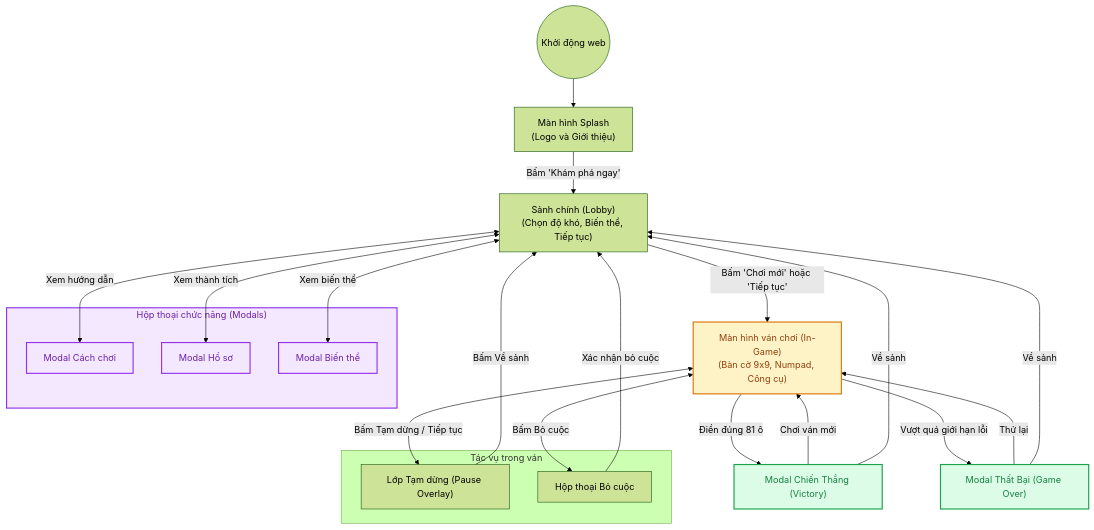
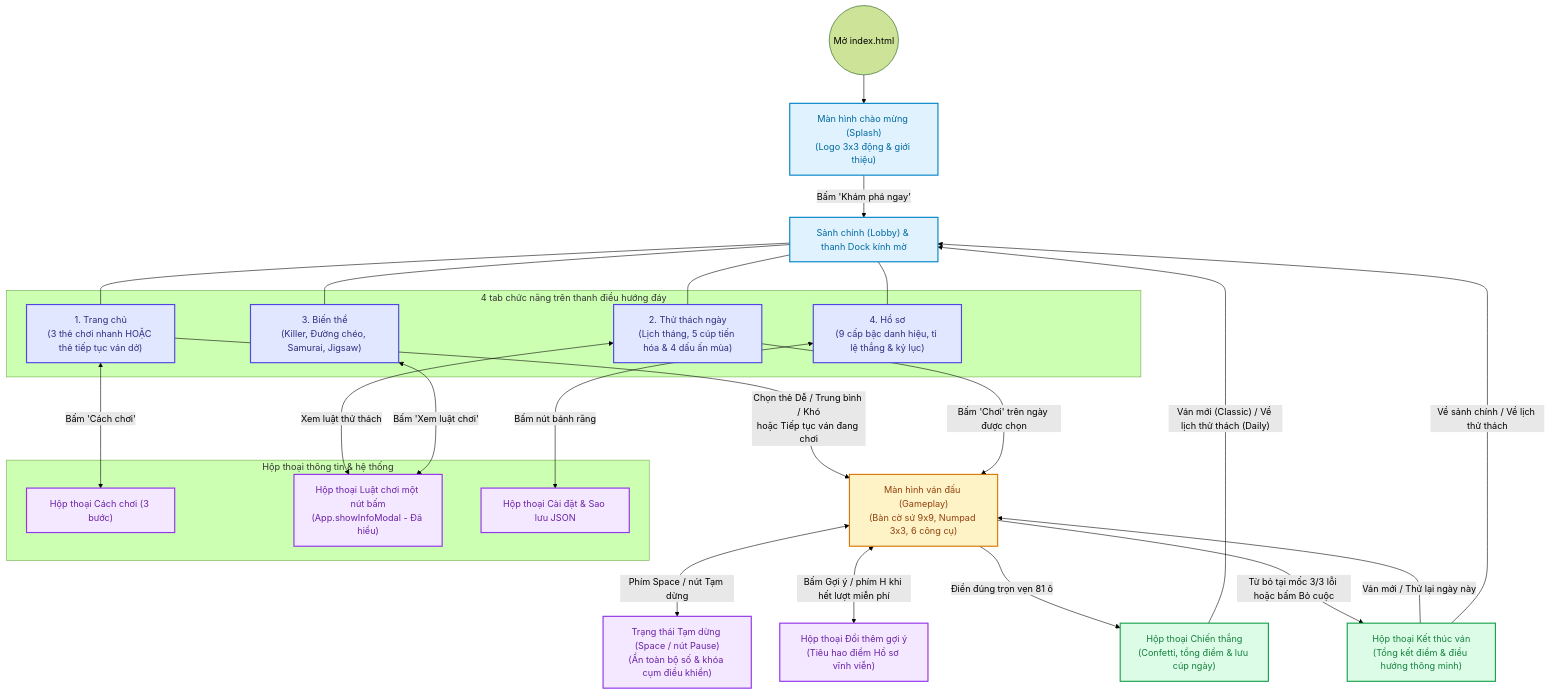
Before and after one commit to Jhanh/Sudoku_game: the first of 3 diagrams in docs/02_game_state_lifecycle.md, drawn with Mermaid (forest theme). The commit also changed other lines of this file and 4 other files, not shown here.

````diff
--- a/docs/02_game_state_lifecycle.md
+++ b/docs/02_game_state_lifecycle.md
@@ -12,44 +12,56 @@
 ```mermaid
 flowchart TD
     classDef screen fill:#E0F2FE,stroke:#0284C7,stroke-width:2px,color:#0369A1;
+    classDef tabNode fill:#E0E7FF,stroke:#4F46E5,stroke-width:2px,color:#312E81;
     classDef modal fill:#F3E8FF,stroke:#9333EA,stroke-width:2px,color:#6B21A8;
     classDef game fill:#FEF3C7,stroke:#D97706,stroke-width:2px,color:#92400E;
     classDef endNode fill:#DCFCE7,stroke:#16A34A,stroke-width:2px,color:#15803D;
 
-    START(("Khởi động web")) --> SCR_SPLASH["Màn hình Splash<br/>(Logo và Giới thiệu)"]
-    
-    SCR_SPLASH -->|Bấm 'Khám phá ngay'| SCR_LOBBY["Sảnh chính (Lobby)<br/>(Chọn độ khó, Biến thể, Tiếp tục)"]
+    START(("Mở index.html")) --> SCR_SPLASH["Màn hình chào mừng (Splash)<br/>(Logo 3x3 động & giới thiệu)"]
+    SCR_SPLASH -->|"Bấm 'Khám phá ngay'"| SCR_LOBBY["Sảnh chính (Lobby) & thanh Dock kính mờ"]
+    class SCR_SPLASH,SCR_LOBBY screen;
 
-    subgraph SUB_MODALS ["Hộp thoại chức năng (Modals)"]
-        MOD_TUT["Modal Cách chơi"]
-        MOD_PROF["Modal Hồ sơ"]
-        MOD_VAR["Modal Biến thể"]
+    subgraph SUB_TABS ["4 tab chức năng trên thanh điều hướng đáy"]
+        TAB_HOME["1. Trang chủ<br/>(3 thẻ chơi nhanh HOẶC thẻ tiếp tục ván dở)"]
+        TAB_DAILY["2. Thử thách ngày<br/>(Lịch tháng, 5 cúp tiến hóa & 4 dấu ấn mùa)"]
+        TAB_VAR["3. Biến thể<br/>(Killer, Đường chéo, Samurai, Jigsaw)"]
+        TAB_PROF["4. Hồ sơ<br/>(9 cấp bậc danh hiệu, tỉ lệ thắng & kỷ lục)"]
     end
-    class SUB_MODALS,MOD_TUT,MOD_PROF,MOD_VAR modal;
+    class TAB_HOME,TAB_DAILY,TAB_VAR,TAB_PROF tabNode;
 
-    SCR_LOBBY <-->|Xem hướng dẫn| MOD_TUT
-    SCR_LOBBY <-->|Xem thành tích| MOD_PROF
-    SCR_LOBBY <-->|Xem biến thể| MOD_VAR
+    SCR_LOBBY --- TAB_HOME
+    SCR_LOBBY --- TAB_DAILY
+    SCR_LOBBY --- TAB_VAR
+    SCR_LOBBY --- TAB_PROF
 
-    SCR_LOBBY -->|Bấm 'Chơi mới' hoặc 'Tiếp tục'| IN_GAME["Màn hình ván chơi (In-Game)<br/>(Bàn cờ 9x9, Numpad, Công cụ)"]
+    subgraph SUB_MODALS ["Hộp thoại thông tin & hệ thống"]
+        MOD_TUT["Hộp thoại Cách chơi (3 bước)"]
+        MOD_INFO["Hộp thoại Luật chơi một nút bấm<br/>(App.showInfoModal - Đã hiểu)"]
+        MOD_SET["Hộp thoại Cài đặt & Sao lưu JSON"]
+    end
+    class MOD_TUT,MOD_INFO,MOD_SET modal;
+
+    TAB_HOME <-->|"Bấm 'Cách chơi'"| MOD_TUT
+    TAB_DAILY <-->|"Xem luật thử thách"| MOD_INFO
+    TAB_VAR <-->|"Bấm 'Xem luật chơi'"| MOD_INFO
+    TAB_PROF <-->|"Bấm nút bánh răng"| MOD_SET
+
+    TAB_HOME -->|"Chọn thẻ Dễ / Trung bình / Khó<br/>hoặc Tiếp tục ván đang chơi"| IN_GAME["Màn hình ván đấu (Gameplay)<br/>(Bàn cờ sứ 9x9, Numpad 3x3, 6 công cụ)"]
+    TAB_DAILY -->|"Bấm 'Chơi' trên ngày được chọn"| IN_GAME
     class IN_GAME game;
 
-    subgraph SUB_INGAME_ACTIONS ["Tác vụ trong ván"]
-        PAUSE_OVERLAY["Lớp Tạm dừng (Pause Overlay)"]
-        MOD_ABANDON["Hộp thoại Bỏ cuộc"]
-    end
+    PAUSE_OVERLAY["Trạng thái Tạm dừng (Space / nút Pause)<br/>(Ẩn toàn bộ số & khóa cụm điều khiển)"]
+    MOD_BUY_HINT["Hộp thoại Đổi thêm gợi ý<br/>(Tiêu hao điểm Hồ sơ vĩnh viễn)"]
+    class PAUSE_OVERLAY,MOD_BUY_HINT modal;
 
-    IN_GAME <-->|Bấm Tạm dừng / Tiếp tục| PAUSE_OVERLAY
-    PAUSE_OVERLAY -->|Bấm Về sảnh| SCR_LOBBY
-    IN_GAME <-->|Bấm Bỏ cuộc| MOD_ABANDON
-    MOD_ABANDON -->|Xác nhận bỏ cuộc| SCR_LOBBY
+    IN_GAME <-->|"Phím Space / nút Tạm dừng"| PAUSE_OVERLAY
+    IN_GAME <-->|"Bấm Gợi ý / phím H khi hết lượt miễn phí"| MOD_BUY_HINT
 
-    IN_GAME -->|Điền đúng 81 ô| MOD_VICTORY["Modal Chiến Thắng (Victory)"]
-    IN_GAME -->|Vượt quá giới hạn lỗi| MOD_GAMEOVER["Modal Thất Bại (Game Over)"]
+    IN_GAME -->|"Điền đúng trọn vẹn 81 ô"| MOD_VICTORY["Hộp thoại Chiến thắng<br/>(Confetti, tổng điểm & lưu cúp ngày)"]
+    IN_GAME -->|"Từ bỏ tại mốc 3/3 lỗi hoặc bấm Bỏ cuộc"| MOD_GAMEOVER["Hộp thoại Kết thúc ván<br/>(Tổng kết điểm & điều hướng thông minh)"]
     class MOD_VICTORY,MOD_GAMEOVER endNode;
 
-    MOD_VICTORY -->|Chơi ván mới| IN_GAME
-    MOD_VICTORY -->|Về sảnh| SCR_LOBBY
-    MOD_GAMEOVER -->|Thử lại| IN_GAME
-    MOD_GAMEOVER -->|Về sảnh| SCR_LOBBY
+    MOD_VICTORY -->|"Ván mới (Classic) / Về lịch thử thách (Daily)"| SCR_LOBBY
+    MOD_GAMEOVER -->|"Ván mới / Thử lại ngày này"| IN_GAME
+    MOD_GAMEOVER -->|"Về sảnh chính / Về lịch thử thách"| SCR_LOBBY
 ```
````
